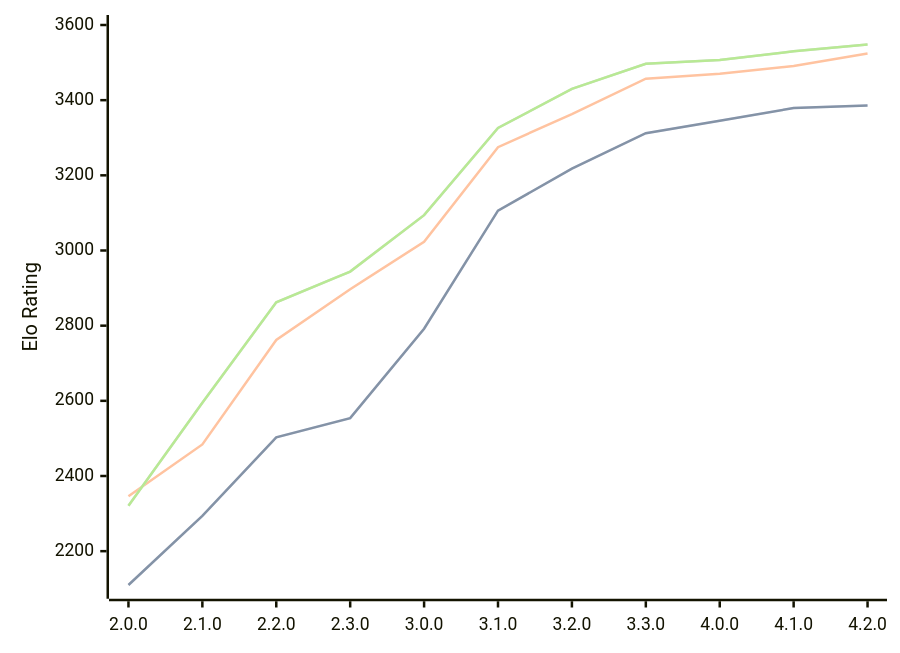
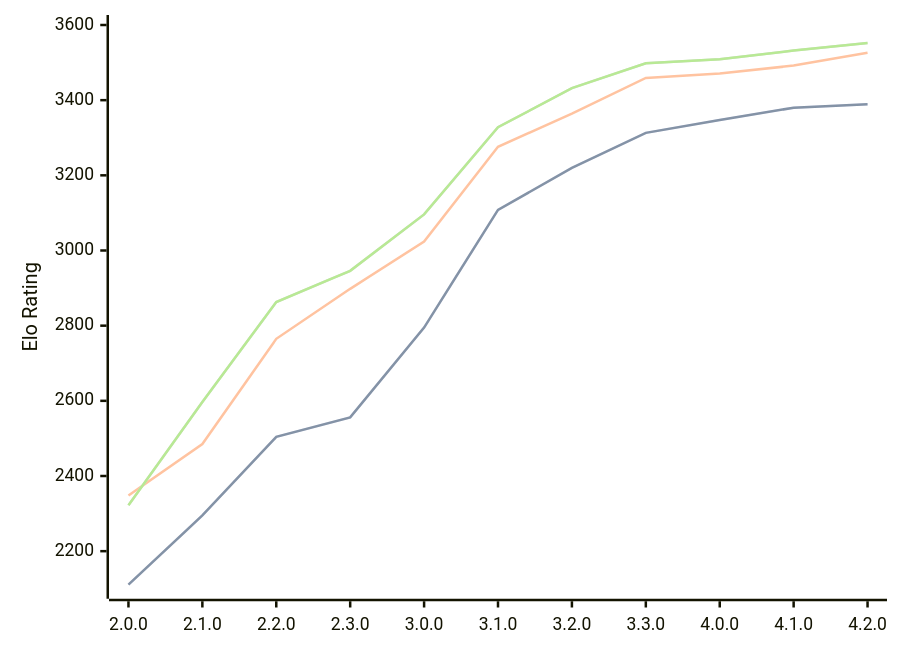
One commit to computer-chess-index/cci changed the diagram in engines/Raphael.md. Above: the diagram before and after it, drawn with Mermaid. The commit also changed other lines of this file, not shown here.

Commit message:
Update CCI Ratings (ELO VLTC) - 2026-08-09

````diff
--- a/engines/Raphael.md
+++ b/engines/Raphael.md
@@ -41,11 +41,11 @@
 ```mermaid
 %%{init: {"theme":"base","themeVariables":{"seriesColors:['#a3a3a3','#222221','#faa371']}}}%%
 xychart-beta
   x-axis ["2.0.0", "2.1.0", "2.2.0", "2.3.0", "3.0.0", "3.1.0", "3.2.0", "3.3.0", "4.0.0", "4.1.0", "4.2.0"]
   y-axis "Elo Rating" 2100 --> 3600
-  line "STC (8.0+0.08s)" [2110, 2294, 2503, 2554, 2792, 3106, 3218, 3312, 3345, 3379, 3386]
-  line "STC (8.0+0.08s)" [2110, 2294, 2503, 2554, 2792, 3106, 3218, 3312, 3345, 3379, 3386]
-  line "LTC (60.0+0.60s)" [2346, 2484, 2762, 2897, 3023, 3275, 3363, 3457, 3470, 3491, 3524]
-  line "VLTC (2m24s+1.12s)" [2321, 2595, 2862, 2944, 3094, 3326, 3430, 3497, 3507, 3530, 3548]
-  line "VLTC (2m24s+1.12s)" [2321, 2595, 2862, 2944, 3094, 3326, 3430, 3497, 3507, 3530, 3548]
+  line "STC (8.0+0.08s)" [2111, 2295, 2504, 2556, 2795, 3108, 3220, 3313, 3347, 3380, 3389]
+  line "STC (8.0+0.08s)" [2111, 2295, 2504, 2556, 2795, 3108, 3220, 3313, 3347, 3380, 3389]
+  line "LTC (60.0+0.60s)" [2348, 2485, 2765, 2898, 3024, 3276, 3364, 3459, 3471, 3492, 3526]
+  line "VLTC (2m24s+1.12s)" [2322, 2597, 2863, 2946, 3096, 3328, 3432, 3498, 3509, 3532, 3552]
+  line "VLTC (2m24s+1.12s)" [2322, 2597, 2863, 2946, 3096, 3328, 3432, 3498, 3509, 3532, 3552]
 ```
````
